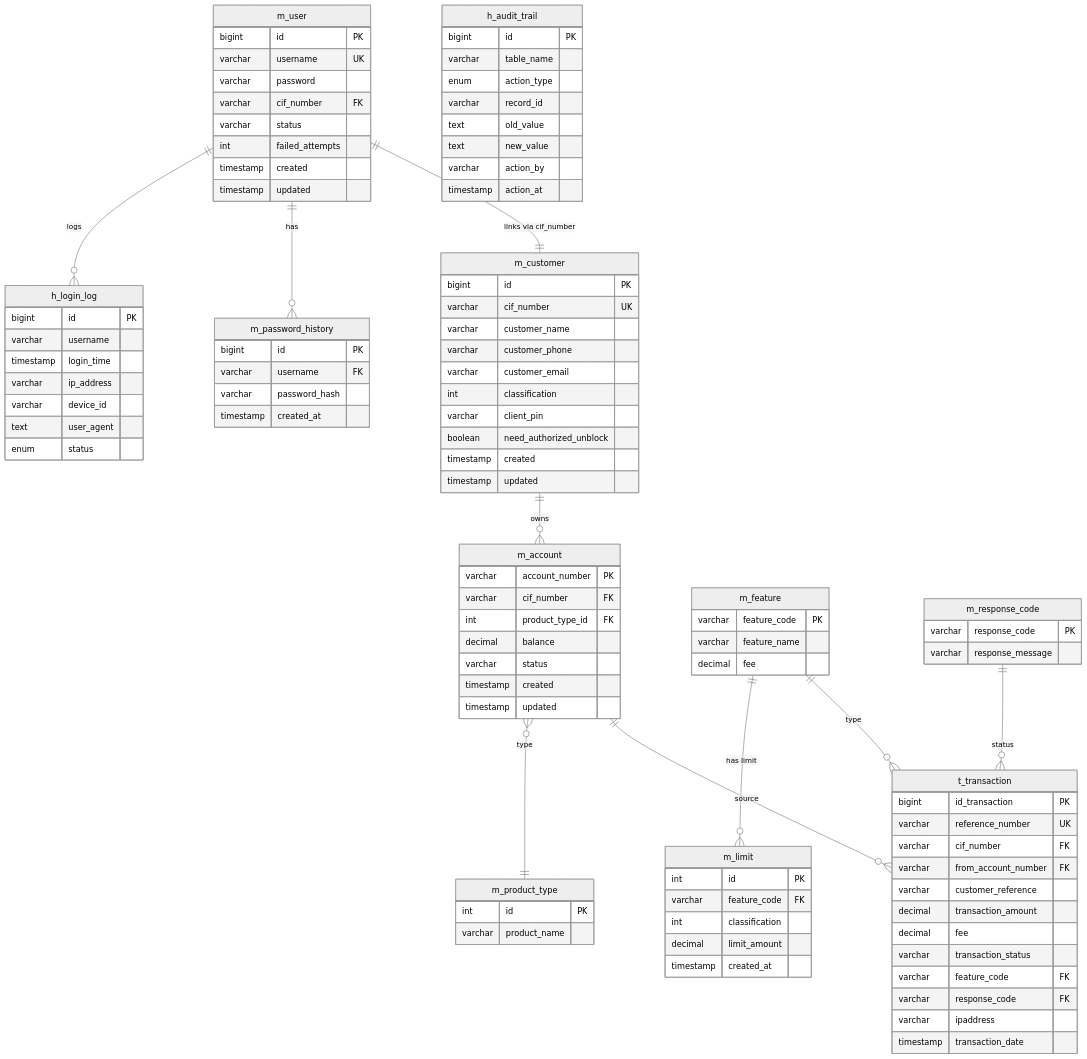
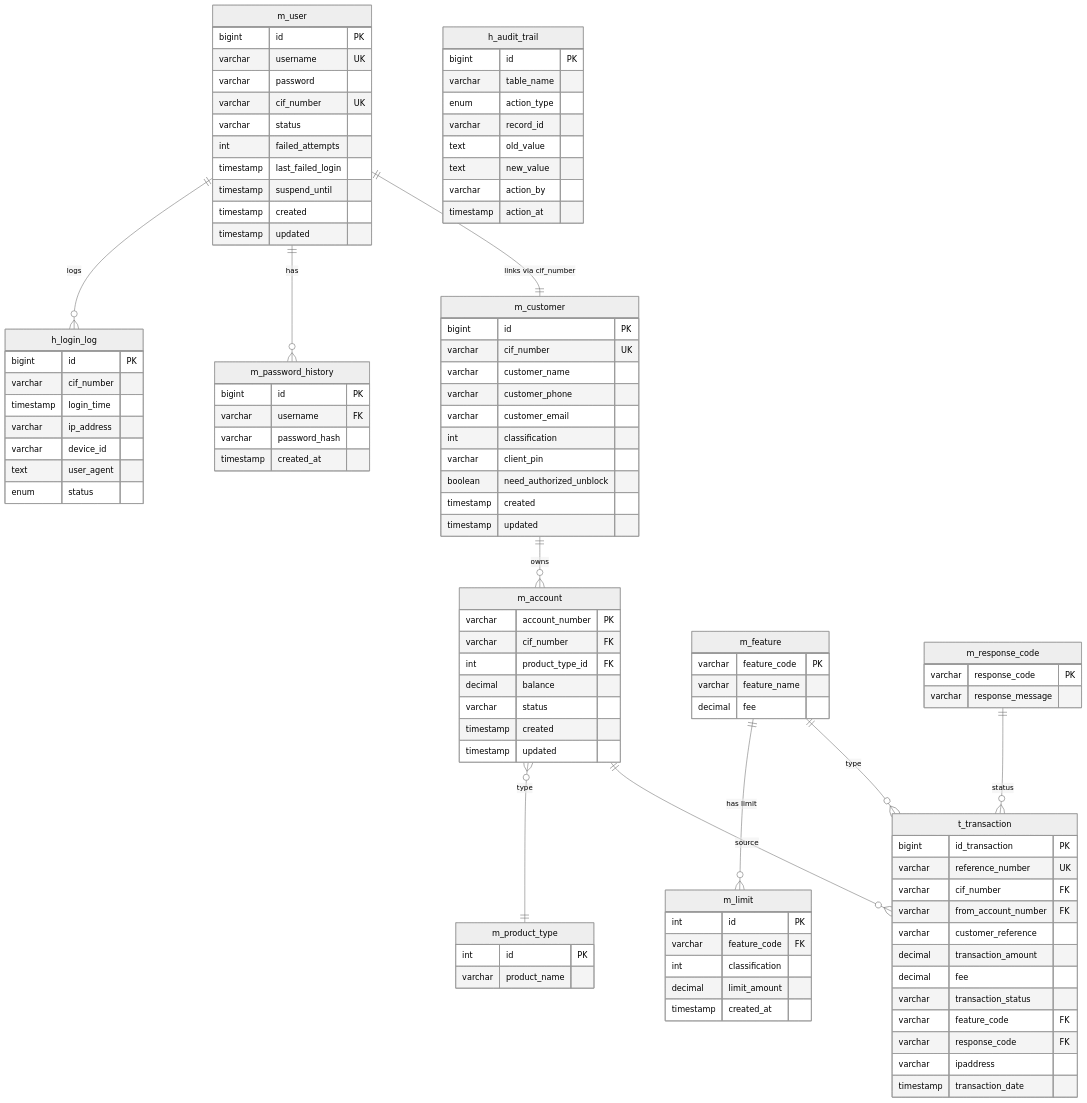
One commit to Moreno-Hernakov/vibecode_db_e-banking changed the diagram in BLUEPRINT.md. Above: the diagram before and after it, drawn with Mermaid (neutral theme). The commit also changed other lines of this file and 5 other files, not shown here.

```diff
--- a/BLUEPRINT.md
+++ b/BLUEPRINT.md
@@ -34,9 +34,11 @@
         bigint id PK
         varchar username UK
         varchar password
-        varchar cif_number FK
+        varchar cif_number UK
         varchar status
         int failed_attempts
+        timestamp last_failed_login
+        timestamp suspend_until
         timestamp created
         timestamp updated
     }
@@ -50,7 +52,7 @@
 
     h_login_log {
         bigint id PK
-        varchar username
+        varchar cif_number
         timestamp login_time
         varchar ip_address
         varchar device_id
```
